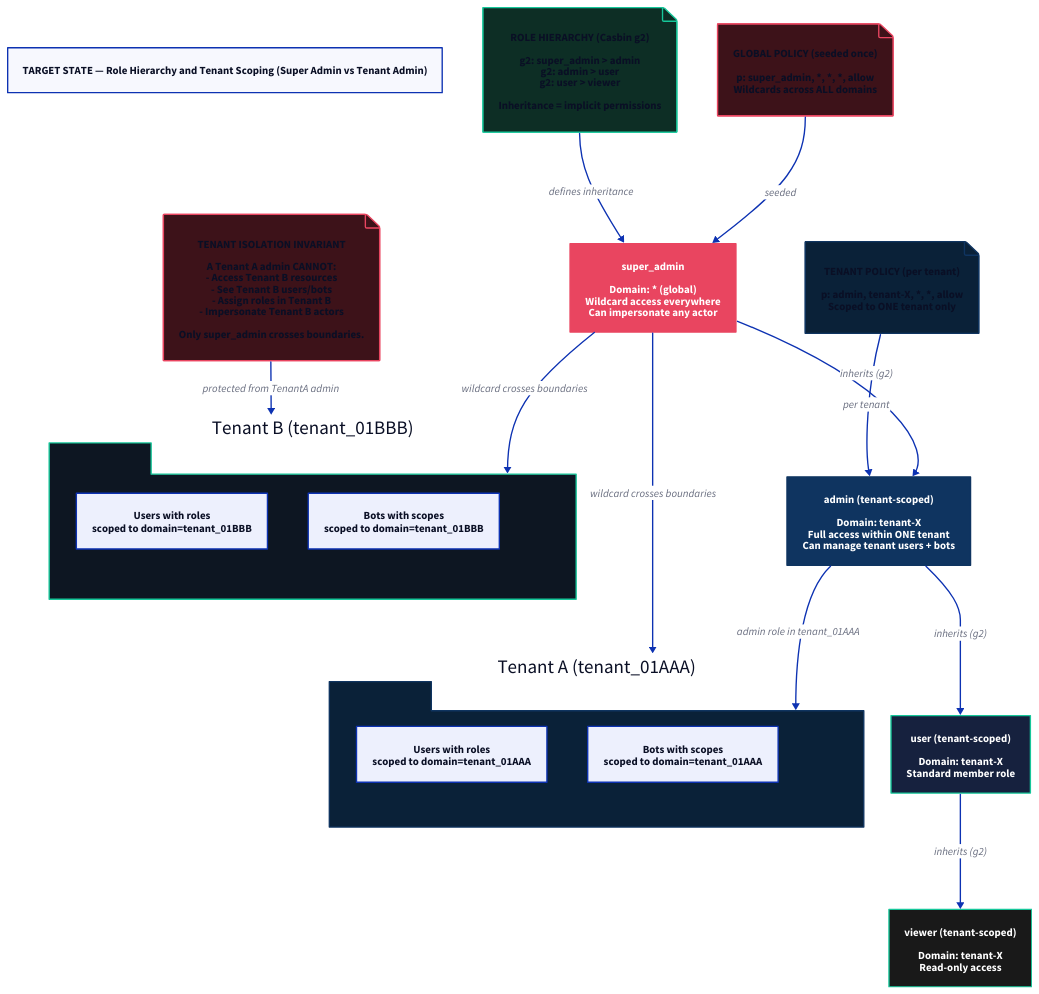
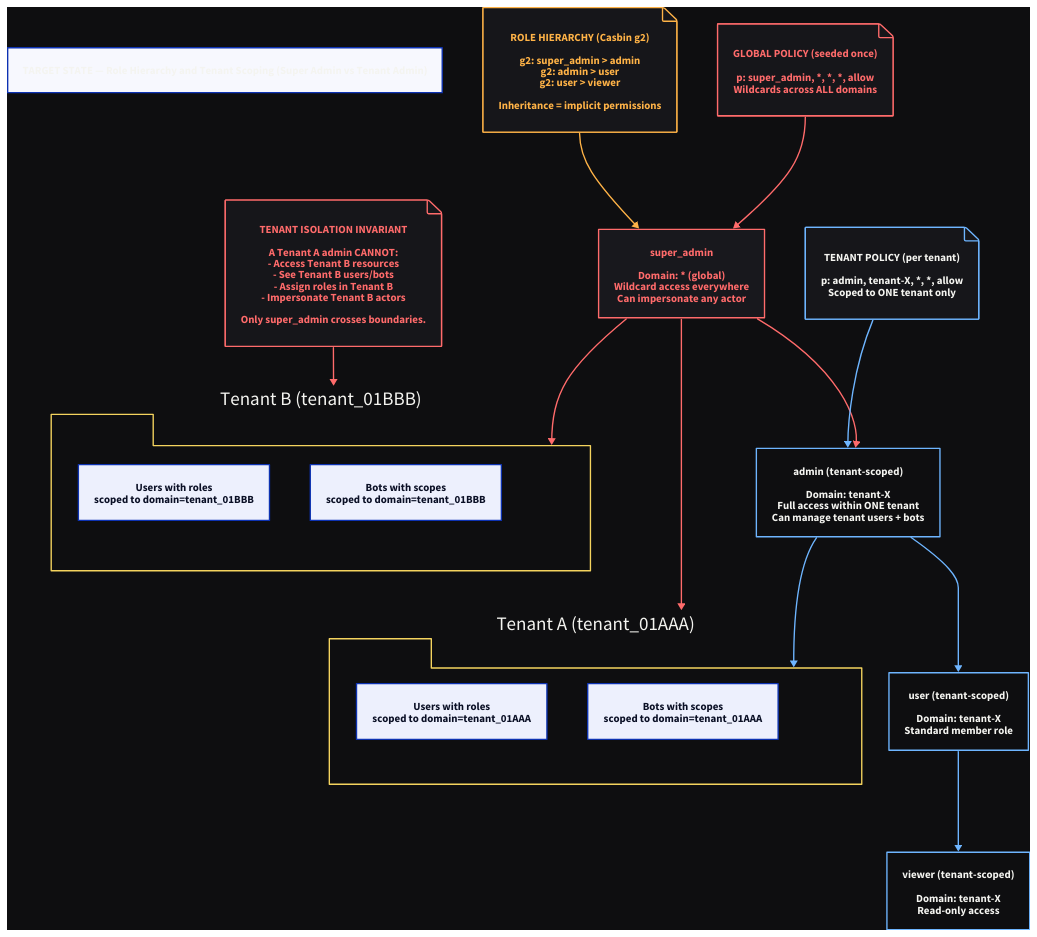
Before and after one commit to LarsArtmann/cqrs-htmx: the diagram in docs/architecture-understanding/2026-06-21_04-00_role-hierarchy-tenant-scoping.d2, drawn with D2. The commit also changed 16 other files, not shown here.

First line of the commit message:
docs(architecture): refresh architecture diagrams with dark theme + add render script

```diff
--- a/docs/architecture-understanding/2026-06-21_04-00_role-hierarchy-tenant-scoping.d2
+++ b/docs/architecture-understanding/2026-06-21_04-00_role-hierarchy-tenant-scoping.d2
@@ -1,89 +1,92 @@
 direction: down
 
+style: {fill: "#0e0e10"}
+
 title: "TARGET STATE — Role Hierarchy and Tenant Scoping (Super Admin vs Tenant Admin)"
+title.style: {font-color: "#f4f4f0"}
 
 # Role hierarchy
 SuperAdmin: {
   shape: rectangle
-  style: {fill: "#e94560"; font-color: "#ffffff"; stroke: "#e94560"}
+  style: {fill: "#18181d"; stroke: "#ff6b6b"; font-color: "#ff6b6b"}
   label: "super_admin\n\nDomain: * (global)\nWildcard access everywhere\nCan impersonate any actor"
 }
 
 TenantAdmin: {
   shape: rectangle
-  style: {fill: "#0f3460"; font-color: "#ffffff"; stroke: "#0f3460"}
+  style: {fill: "#0e0e10"; stroke: "#6eb5ff"; font-color: "#f4f4f0"}
   label: "admin (tenant-scoped)\n\nDomain: tenant-X\nFull access within ONE tenant\nCan manage tenant users + bots"
 }
 
 UserRole: {
   shape: rectangle
-  style: {fill: "#16213e"; font-color: "#ffffff"; stroke: "#16c79a"}
+  style: {fill: "#0e0e10"; stroke: "#6eb5ff"; font-color: "#f4f4f0"}
   label: "user (tenant-scoped)\n\nDomain: tenant-X\nStandard member role"
 }
 
 Viewer: {
   shape: rectangle
-  style: {fill: "#191919"; font-color: "#ffffff"; stroke: "#16c79a"}
+  style: {fill: "#0e0e10"; stroke: "#6eb5ff"; font-color: "#f4f4f0"}
   label: "viewer (tenant-scoped)\n\nDomain: tenant-X\nRead-only access"
 }
 
 # Hierarchy
-SuperAdmin -> TenantAdmin: "inherits (g2)"
-TenantAdmin -> UserRole: "inherits (g2)"
-UserRole -> Viewer: "inherits (g2)"
+SuperAdmin -> TenantAdmin: {style: {stroke: "#ff6b6b"; font-color: "#f4f4f0"}}
+TenantAdmin -> UserRole: {style: {stroke: "#6eb5ff"; font-color: "#f4f4f0"}}
+UserRole -> Viewer: {style: {stroke: "#6eb5ff"; font-color: "#f4f4f0"}}
 
 # Policies
 GlobalPolicy: {
   shape: page
-  style: {fill: "#3d1219"; stroke: "#e94560"}
+  style: {fill: "#16161a"; stroke: "#ff6b6b"; font-color: "#ff6b6b"}
   label: "GLOBAL POLICY (seeded once)\n\np: super_admin, *, *, *, allow\nWildcards across ALL domains"
 }
 
 TenantPolicy: {
   shape: page
-  style: {fill: "#0a2138"; stroke: "#0f3460"}
+  style: {fill: "#16161a"; stroke: "#6eb5ff"; font-color: "#f4f4f0"}
   label: "TENANT POLICY (per tenant)\n\np: admin, tenant-X, *, *, allow\nScoped to ONE tenant only"
 }
 
 HierarchyDef: {
   shape: page
-  style: {fill: "#0d2e25"; stroke: "#16c79a"}
+  style: {fill: "#16161a"; stroke: "#ffb347"; font-color: "#ffb347"}
   label: "ROLE HIERARCHY (Casbin g2)\n\ng2: super_admin > admin\ng2: admin > user\ng2: user > viewer\n\nInheritance = implicit permissions"
 }
 
 # Tenant boundaries
 TenantA: {
   shape: package
-  style: {fill: "#0a2138"; stroke: "#0f3460"}
+  style: {fill: "#0e0e10"; stroke: "#f4d35e"; font-color: "#f4f4f0"}
   label: "Tenant A (tenant_01AAA)"
 
   TA_Users: "Users with roles\nscoped to domain=tenant_01AAA"
   TA_Bots: "Bots with scopes\nscoped to domain=tenant_01AAA"
 }
 
 TenantB: {
   shape: package
-  style: {fill: "#0d1622"; stroke: "#16c79a"}
+  style: {fill: "#0e0e10"; stroke: "#f4d35e"; font-color: "#f4f4f0"}
   label: "Tenant B (tenant_01BBB)"
 
   TB_Users: "Users with roles\nscoped to domain=tenant_01BBB"
   TB_Bots: "Bots with scopes\nscoped to domain=tenant_01BBB"
 }
 
 # Isolation
 Isolation: {
   shape: page
-  style: {fill: "#3d1219"; stroke: "#e94560"}
+  style: {fill: "#16161a"; stroke: "#ff6b6b"; font-color: "#ff6b6b"}
   label: "TENANT ISOLATION INVARIANT\n\nA Tenant A admin CANNOT:\n- Access Tenant B resources\n- See Tenant B users/bots\n- Assign roles in Tenant B\n- Impersonate Tenant B actors\n\nOnly super_admin crosses boundaries."
 }
 
 # Connections
-TenantAdmin -> TenantA: "admin role in tenant_01AAA"
-SuperAdmin -> TenantA: "wildcard crosses boundaries"
-SuperAdmin -> TenantB: "wildcard crosses boundaries"
+TenantAdmin -> TenantA: {style: {stroke: "#6eb5ff"; font-color: "#f4f4f0"}}
+SuperAdmin -> TenantA: {style: {stroke: "#ff6b6b"; font-color: "#f4f4f0"}}
+SuperAdmin -> TenantB: {style: {stroke: "#ff6b6b"; font-color: "#f4f4f0"}}
 
-GlobalPolicy -> SuperAdmin: "seeded"
-TenantPolicy -> TenantAdmin: "per tenant"
-HierarchyDef -> SuperAdmin: "defines inheritance"
+GlobalPolicy -> SuperAdmin: {style: {stroke: "#ff6b6b"; font-color: "#f4f4f0"}}
+TenantPolicy -> TenantAdmin: {style: {stroke: "#6eb5ff"; font-color: "#f4f4f0"}}
+HierarchyDef -> SuperAdmin: {style: {stroke: "#ffb347"; font-color: "#ffb347"}}
 
-Isolation -> TenantB: "protected from TenantA admin"
+Isolation -> TenantB: {style: {stroke: "#ff6b6b"; font-color: "#f4f4f0"}}
```
